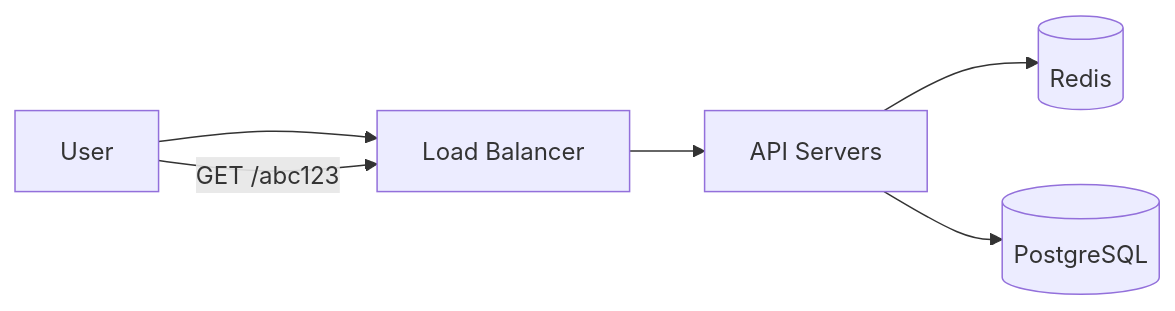
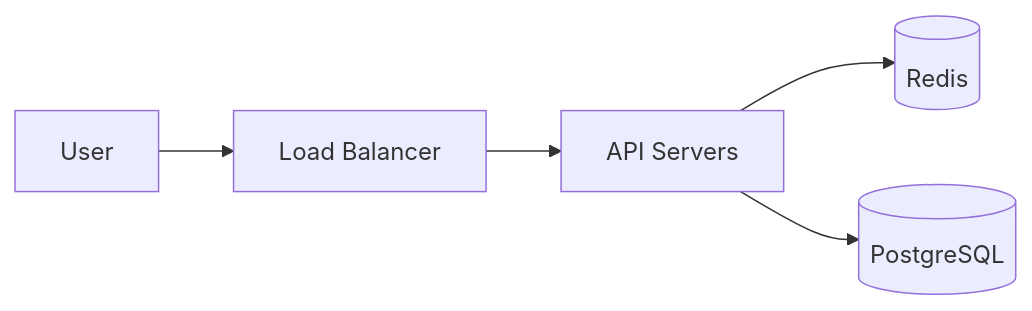
One commit to hareramcse/SystemDesign changed the third of 3 diagrams in 16-interview-guide/README.md. Above: the diagram before and after it, drawn with Mermaid. The commit also changed other lines of this file and 14 other files, not shown here.

````diff
--- a/16-interview-guide/README.md
+++ b/16-interview-guide/README.md
@@ -369,8 +696,7 @@
 ```mermaid
 flowchart LR
-    User --> LB[Load Balancer]
+    User[User] --> LB[Load Balancer]
     LB --> API[API Servers]
     API --> Cache[(Redis)]
     API --> DB[(PostgreSQL)]
-    User -->|GET /abc123| LB
 ```
````
